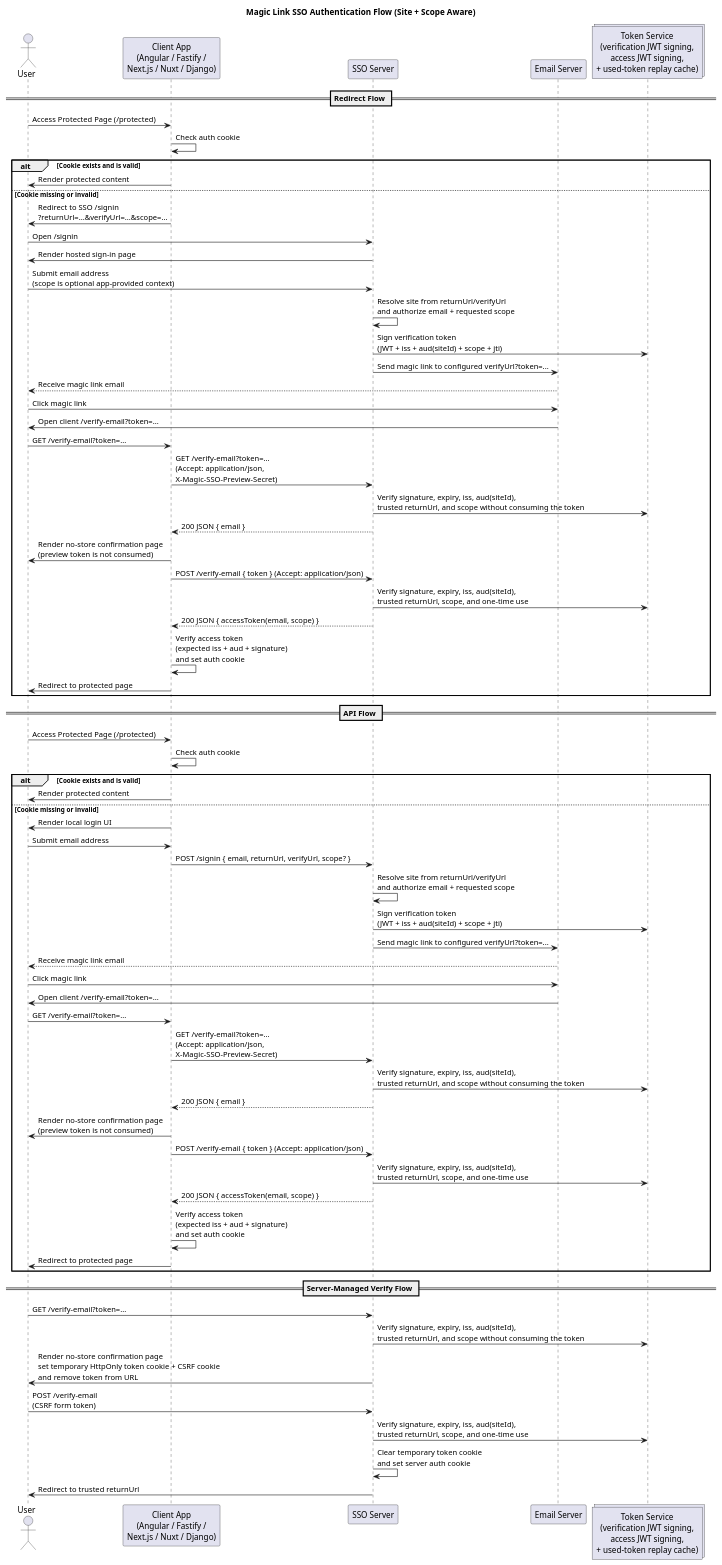
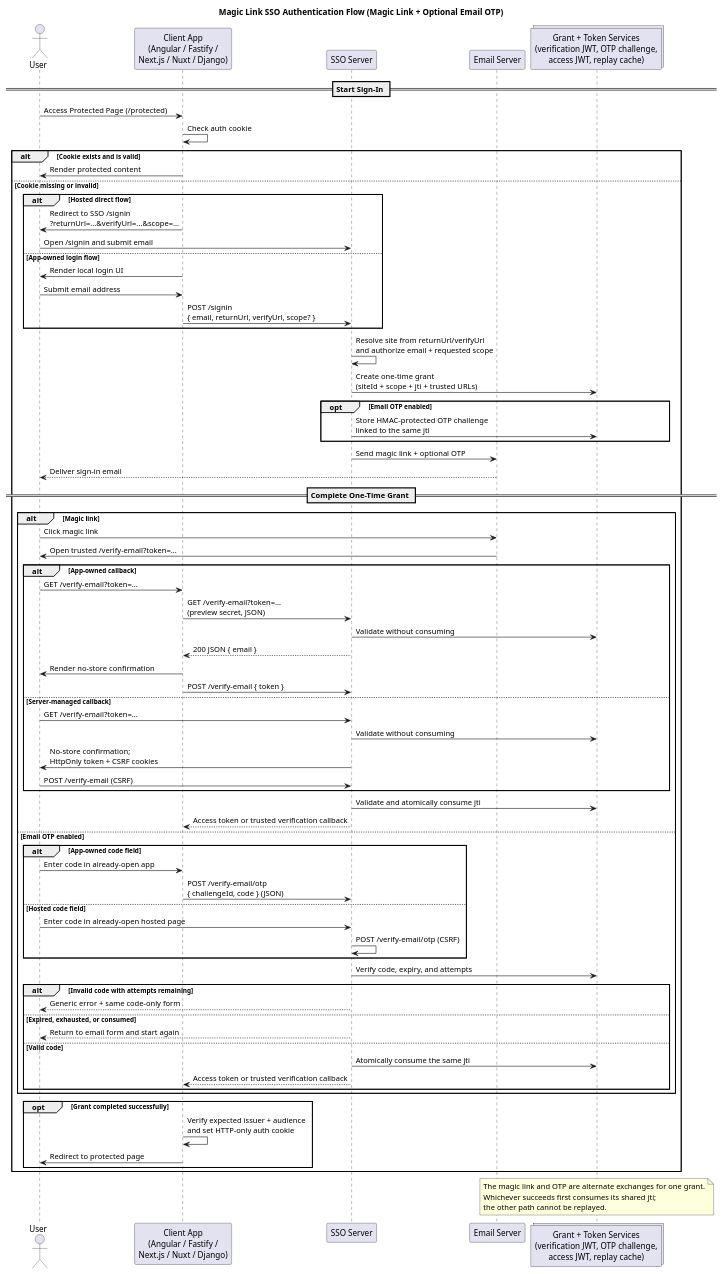
Before and after one commit to magic-link-sso/magic-sso: the diagram in docs/MagicLinkSSO-Flow.puml, drawn with PlantUML. The commit also changed 117 other files, not shown here.

Commit message:
feat: add email OTP security

```diff
--- a/docs/MagicLinkSSO-Flow.puml
+++ b/docs/MagicLinkSSO-Flow.puml
@@ -1,80 +1,85 @@
 @startuml MagicLinkSSO-Flow
 
-title Magic Link SSO Authentication Flow (Site + Scope Aware)
+title Magic Link SSO Authentication Flow (Magic Link + Optional Email OTP)
 
 actor User
 participant "Client App\n(Angular / Fastify /\nNext.js / Nuxt / Django)" as Client
 participant "SSO Server" as SSO
 participant "Email Server" as Email
-collections "Token Service\n(verification JWT signing,\naccess JWT signing,\n+ used-token replay cache)" as TokenService
+collections "Grant + Token Services\n(verification JWT, OTP challenge,\naccess JWT, replay cache)" as GrantService
 
-== Redirect Flow ==
+== Start Sign-In ==
 
 User -> Client: Access Protected Page (/protected)
 Client -> Client: Check auth cookie
 alt Cookie exists and is valid
     Client -> User: Render protected content
 else Cookie missing or invalid
-    Client -> User: Redirect to SSO /signin\n?returnUrl=...&verifyUrl=...&scope=...
-    User -> SSO: Open /signin
-    SSO -> User: Render hosted sign-in page
-    User -> SSO: Submit email address\n(scope is optional app-provided context)
+    alt Hosted direct flow
+        Client -> User: Redirect to SSO /signin\n?returnUrl=...&verifyUrl=...&scope=...
+        User -> SSO: Open /signin and submit email
+    else App-owned login flow
+        Client -> User: Render local login UI
+        User -> Client: Submit email address
+        Client -> SSO: POST /signin\n{ email, returnUrl, verifyUrl, scope? }
+    end
     SSO -> SSO: Resolve site from returnUrl/verifyUrl\nand authorize email + requested scope
-    SSO -> TokenService: Sign verification token\n(JWT + iss + aud(siteId) + scope + jti)
-    SSO -> Email: Send magic link to configured verifyUrl?token=...
-    Email --> User: Receive magic link email
+    SSO -> GrantService: Create one-time grant\n(siteId + scope + jti + trusted URLs)
+    opt Email OTP enabled
+        SSO -> GrantService: Store HMAC-protected OTP challenge\nlinked to the same jti
+    end
+    SSO -> Email: Send magic link + optional OTP
+    Email --> User: Deliver sign-in email
 
-    User -> Email: Click magic link
-    Email -> User: Open client /verify-email?token=...
-    User -> Client: GET /verify-email?token=...
-    Client -> SSO: GET /verify-email?token=...\n(Accept: application/json,\nX-Magic-SSO-Preview-Secret)
-    SSO -> TokenService: Verify signature, expiry, iss, aud(siteId),\ntrusted returnUrl, and scope without consuming the token
-    SSO --> Client: 200 JSON { email }
-    Client -> User: Render no-store confirmation page\n(preview token is not consumed)
-    Client -> SSO: POST /verify-email { token } (Accept: application/json)
-    SSO -> TokenService: Verify signature, expiry, iss, aud(siteId),\ntrusted returnUrl, scope, and one-time use
-    SSO --> Client: 200 JSON { accessToken(email, scope) }
-    Client -> Client: Verify access token\n(expected iss + aud + signature)\nand set auth cookie
-    Client -> User: Redirect to protected page
+    == Complete One-Time Grant ==
+
+    alt Magic link
+        User -> Email: Click magic link
+        Email -> User: Open trusted /verify-email?token=...
+        alt App-owned callback
+            User -> Client: GET /verify-email?token=...
+            Client -> SSO: GET /verify-email?token=...\n(preview secret, JSON)
+            SSO -> GrantService: Validate without consuming
+            SSO --> Client: 200 JSON { email }
+            Client -> User: Render no-store confirmation
+            Client -> SSO: POST /verify-email { token }
+        else Server-managed callback
+            User -> SSO: GET /verify-email?token=...
+            SSO -> GrantService: Validate without consuming
+            SSO -> User: No-store confirmation;\nHttpOnly token + CSRF cookies
+            User -> SSO: POST /verify-email (CSRF)
+        end
+        SSO -> GrantService: Validate and atomically consume jti
+        SSO --> Client: Access token or trusted verification callback
+    else Email OTP enabled
+        alt App-owned code field
+            User -> Client: Enter code in already-open app
+            Client -> SSO: POST /verify-email/otp\n{ challengeId, code } (JSON)
+        else Hosted code field
+            User -> SSO: Enter code in already-open hosted page
+            SSO -> SSO: POST /verify-email/otp (CSRF)
+        end
+        SSO -> GrantService: Verify code, expiry, and attempts
+        alt Invalid code with attempts remaining
+            SSO --> User: Generic error + same code-only form
+        else Expired, exhausted, or consumed
+            SSO --> User: Return to email form and start again
+        else Valid code
+            SSO -> GrantService: Atomically consume the same jti
+            SSO --> Client: Access token or trusted verification callback
+        end
+    end
+
+    opt Grant completed successfully
+        Client -> Client: Verify expected issuer + audience\nand set HTTP-only auth cookie
+        Client -> User: Redirect to protected page
+    end
 end
 
-== API Flow ==
-
-User -> Client: Access Protected Page (/protected)
-Client -> Client: Check auth cookie
-alt Cookie exists and is valid
-    Client -> User: Render protected content
-else Cookie missing or invalid
-    Client -> User: Render local login UI
-    User -> Client: Submit email address
-    Client -> SSO: POST /signin { email, returnUrl, verifyUrl, scope? }
-    SSO -> SSO: Resolve site from returnUrl/verifyUrl\nand authorize email + requested scope
-    SSO -> TokenService: Sign verification token\n(JWT + iss + aud(siteId) + scope + jti)
-    SSO -> Email: Send magic link to configured verifyUrl?token=...
-    Email --> User: Receive magic link email
-
-    User -> Email: Click magic link
-    Email -> User: Open client /verify-email?token=...
-    User -> Client: GET /verify-email?token=...
-    Client -> SSO: GET /verify-email?token=...\n(Accept: application/json,\nX-Magic-SSO-Preview-Secret)
-    SSO -> TokenService: Verify signature, expiry, iss, aud(siteId),\ntrusted returnUrl, and scope without consuming the token
-    SSO --> Client: 200 JSON { email }
-    Client -> User: Render no-store confirmation page\n(preview token is not consumed)
-    Client -> SSO: POST /verify-email { token } (Accept: application/json)
-    SSO -> TokenService: Verify signature, expiry, iss, aud(siteId),\ntrusted returnUrl, scope, and one-time use
-    SSO --> Client: 200 JSON { accessToken(email, scope) }
-    Client -> Client: Verify access token\n(expected iss + aud + signature)\nand set auth cookie
-    Client -> User: Redirect to protected page
-end
-
-== Server-Managed Verify Flow ==
-
-User -> SSO: GET /verify-email?token=...
-SSO -> TokenService: Verify signature, expiry, iss, aud(siteId),\ntrusted returnUrl, and scope without consuming the token
-SSO -> User: Render no-store confirmation page\nset temporary HttpOnly token cookie + CSRF cookie\nand remove token from URL
-User -> SSO: POST /verify-email\n(CSRF form token)
-SSO -> TokenService: Verify signature, expiry, iss, aud(siteId),\ntrusted returnUrl, scope, and one-time use
-SSO -> SSO: Clear temporary token cookie\nand set server auth cookie
-SSO -> User: Redirect to trusted returnUrl
+note over GrantService
+The magic link and OTP are alternate exchanges for one grant.
+Whichever succeeds first consumes its shared jti;
+the other path cannot be replayed.
+end note
 
 @enduml
```
